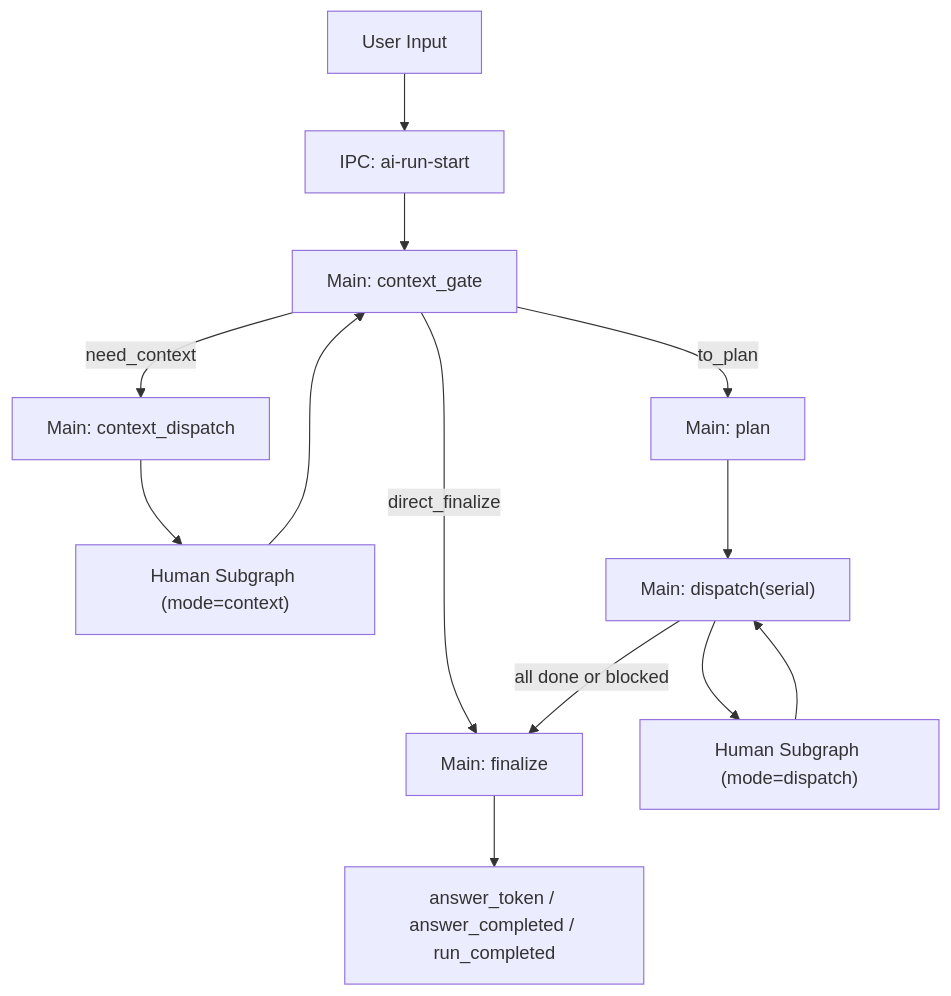
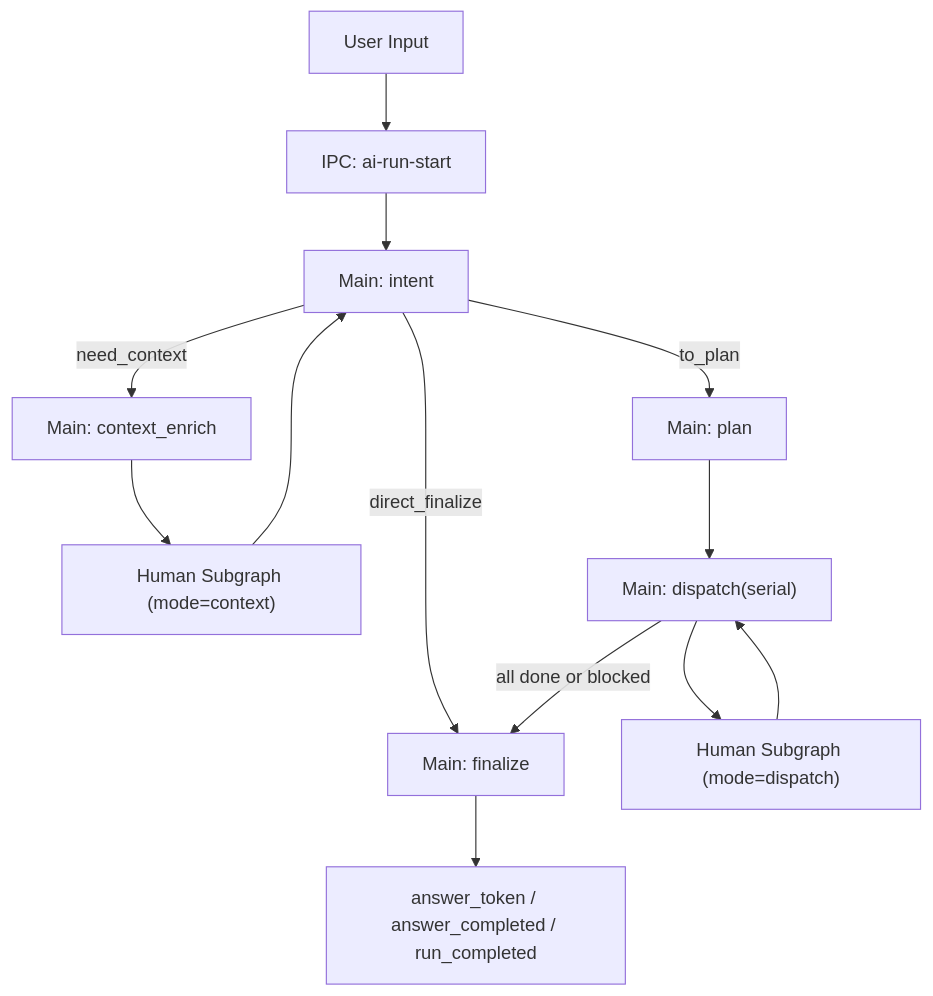
The first of 3 diagrams in doc/ai-architecture.md (Yoan98/Ncurator), drawn with Mermaid before and after one commit. The commit also changed other lines of this file and 26 other files, not shown here.

First line of the commit message:
Refactor AI Node Structure: Remove Slot Commit and Human Init Nodes, Simplify Tool Execution Flow

````diff
--- a/doc/ai-architecture.md
+++ b/doc/ai-architecture.md
@@ -24,15 +25,15 @@
 ```mermaid
 flowchart TD
   U["User Input"] --> IPC["IPC: ai-run-start"]
-  IPC --> M0["Main: context_gate"]
-  M0 -->|need_context| M1["Main: context_dispatch"]
+  IPC --> M0["Main: intent"]
+  M0 -->|need_context| M1["Main: context_enrich"]
   M0 -->|to_plan| M2["Main: plan"]
   M0 -->|direct_finalize| M4["Main: finalize"]
   M1 --> HCTX["Human Subgraph (mode=context)"]
   HCTX --> M0
   M2 --> M3["Main: dispatch(serial)"]
   M3 --> HDIS["Human Subgraph (mode=dispatch)"]
   HDIS --> M3
   M3 -->|all done or blocked| M4
   M4 --> OUT["answer_token / answer_completed / run_completed"]
 ```
````
